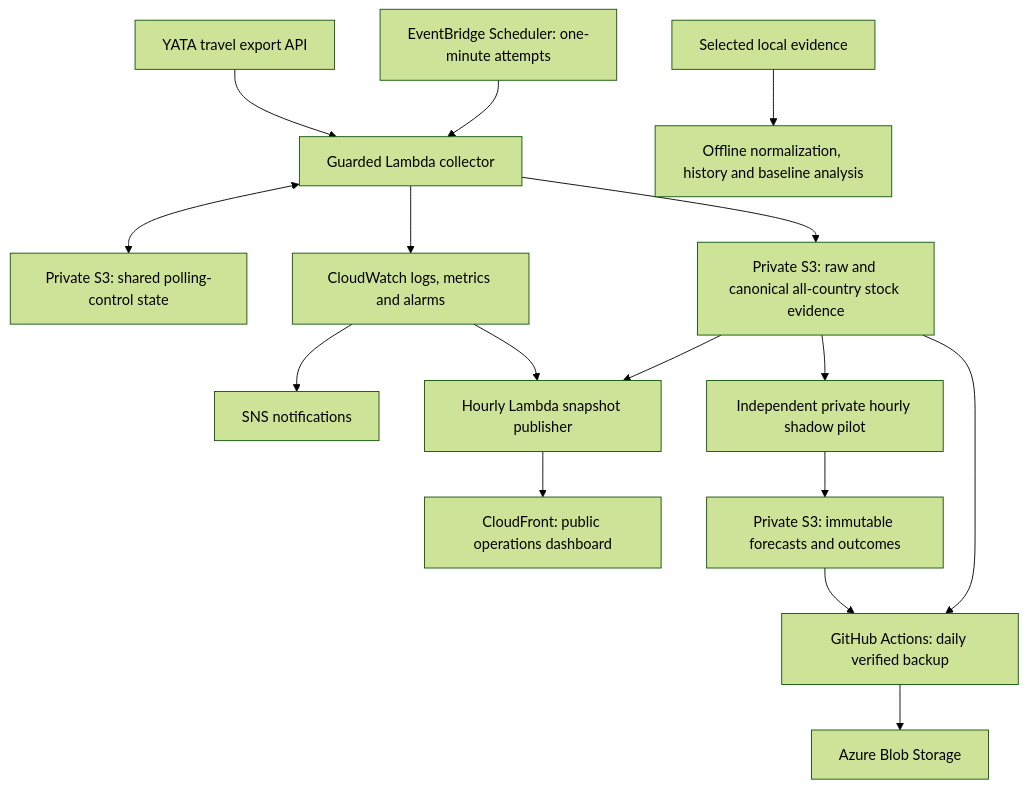
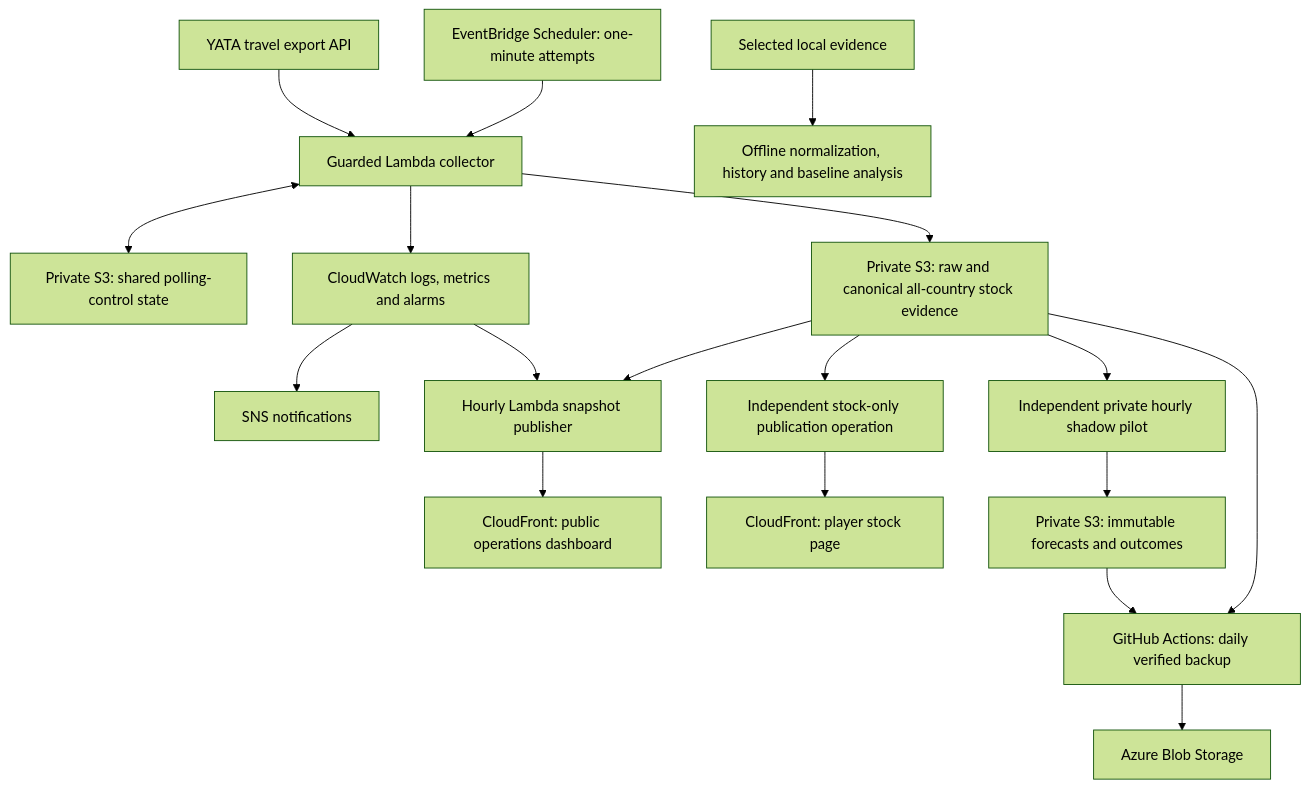
The diagram in README.md (epmelito/TornRedeye), drawn with Mermaid (forest theme) before and after one commit. The commit also changed other lines of this file and 47 other files, not shown here.

````diff
--- a/README.md
+++ b/README.md
@@ -20,18 +20,20 @@
 ```mermaid
 flowchart TD
     schedule["EventBridge Scheduler: one-minute attempts"] --> collector["Guarded Lambda collector"]
     source["YATA travel export API"] --> collector
     collector <--> control["Private S3: shared polling-control state"]
     collector --> history["Private S3: raw and canonical all-country stock evidence"]
     collector --> monitoring["CloudWatch logs, metrics and alarms"]
     monitoring --> notifications["SNS notifications"]
     history --> backup["GitHub Actions: daily verified backup"]
     backup --> azure["Azure Blob Storage"]
     history --> publisher["Hourly Lambda snapshot publisher"]
     monitoring --> publisher
     publisher --> dashboard["CloudFront: public operations dashboard"]
+    history --> stock["Independent stock-only publication operation"]
+    stock --> player["CloudFront: player stock page"]
     history --> shadow["Independent private hourly shadow pilot"]
     shadow --> forecasts["Private S3: immutable forecasts and outcomes"]
     forecasts --> backup
     local["Selected local evidence"] --> analysis["Offline normalization, history and baseline analysis"]
 ```
````
